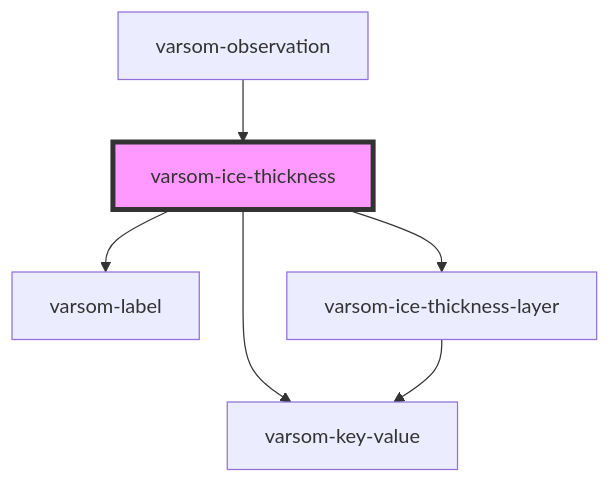
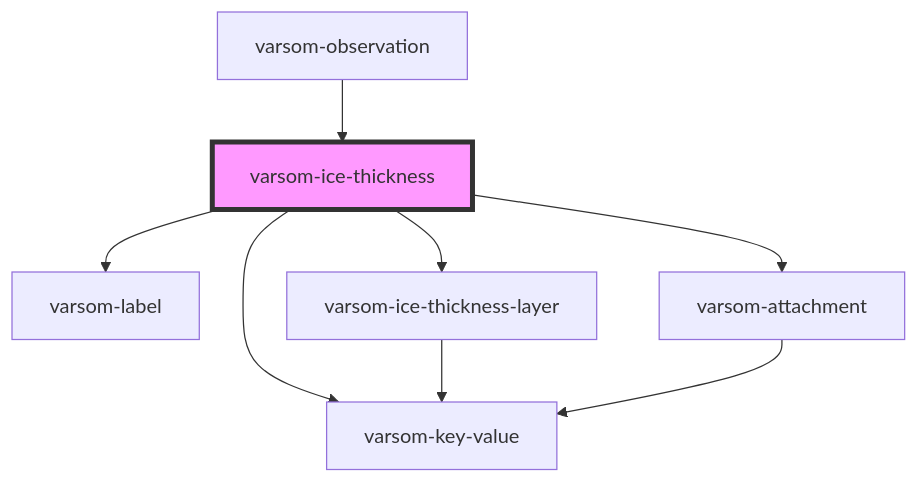
Before and after one commit to NVE/varsom-observation: the diagram in observasjonskort/src/components/varsom-ice-thickness/readme.md, drawn with Mermaid. The commit also changed other lines of this file and 34 other files, not shown here.

````diff
--- a/observasjonskort/src/components/varsom-ice-thickness/readme.md
+++ b/observasjonskort/src/components/varsom-ice-thickness/readme.md
@@ -40,9 +42,11 @@
 ```mermaid
 graph TD;
   varsom-ice-thickness --> varsom-label
   varsom-ice-thickness --> varsom-ice-thickness-layer
   varsom-ice-thickness --> varsom-key-value
+  varsom-ice-thickness --> varsom-attachment
   varsom-ice-thickness-layer --> varsom-key-value
+  varsom-attachment --> varsom-key-value
   varsom-observation --> varsom-ice-thickness
   style varsom-ice-thickness fill:#f9f,stroke:#333,stroke-width:4px
 ```
````
